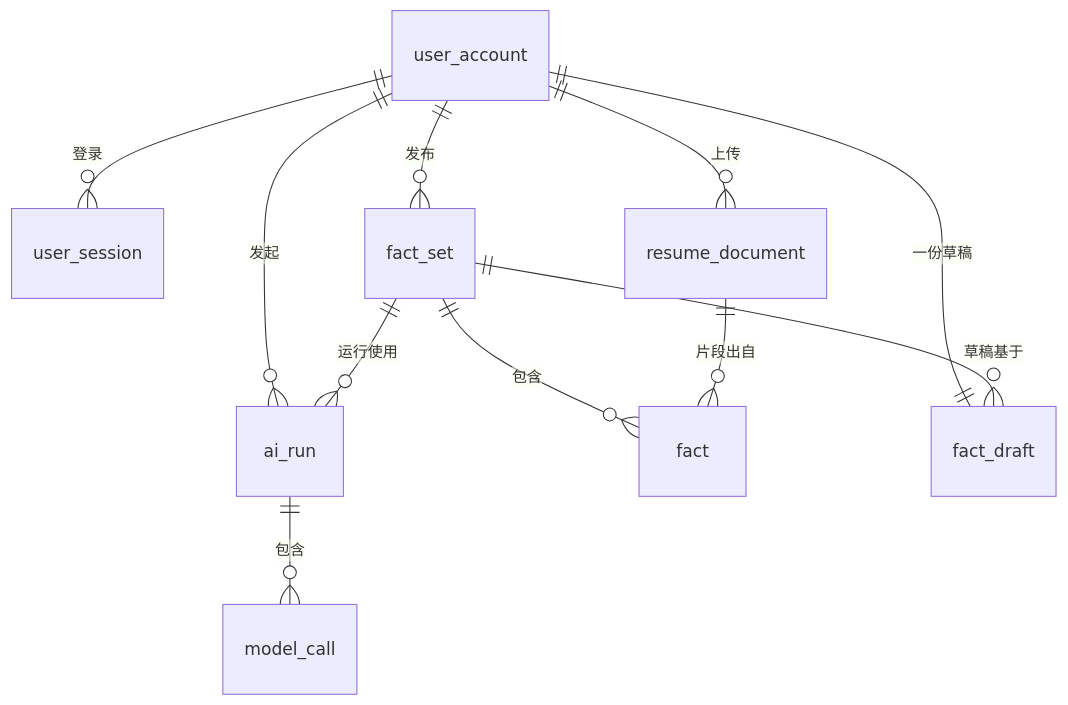
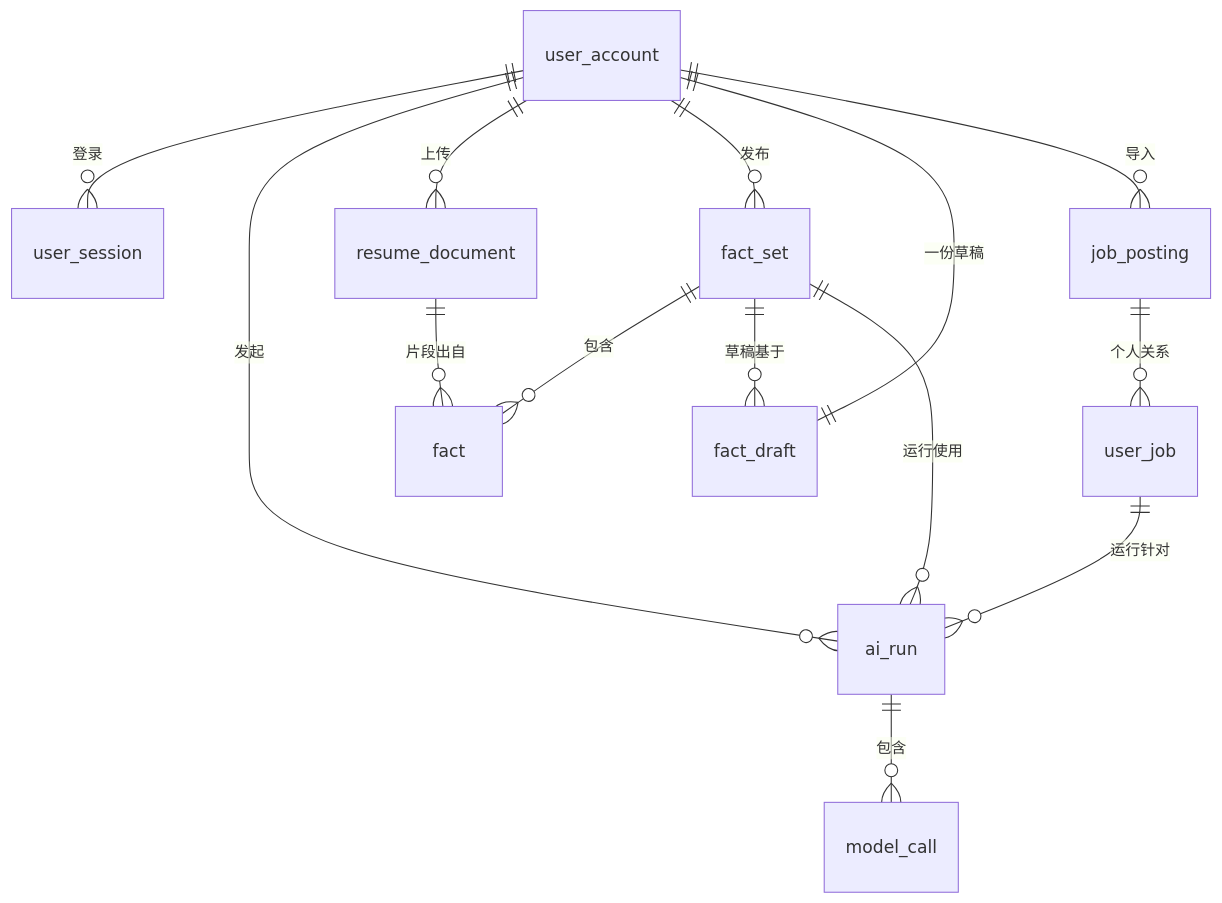
Before and after one commit to Galilieo/jobpilot: the diagram in notes/求职助手Agent/数据库设计.md, drawn with Mermaid. The commit also changed other lines of this file and 24 other files, not shown here.

````diff
--- a/notes/求职助手Agent/数据库设计.md
+++ b/notes/求职助手Agent/数据库设计.md
@@ -18,13 +18,16 @@
 ```mermaid
 erDiagram
     user_account ||--o{ user_session : "登录"
     user_account ||--o{ ai_run : "发起"
     ai_run ||--o{ model_call : "包含"
     user_account ||--o{ resume_document : "上传"
     user_account ||--o{ fact_set : "发布"
     fact_set ||--o{ fact : "包含"
     resume_document ||--o{ fact : "片段出自"
     user_account ||--|| fact_draft : "一份草稿"
     fact_set ||--o{ fact_draft : "草稿基于"
     fact_set ||--o{ ai_run : "运行使用"
+    user_account ||--o{ job_posting : "导入"
+    job_posting ||--o{ user_job : "个人关系"
+    user_job ||--o{ ai_run : "运行针对"
 ```
````
